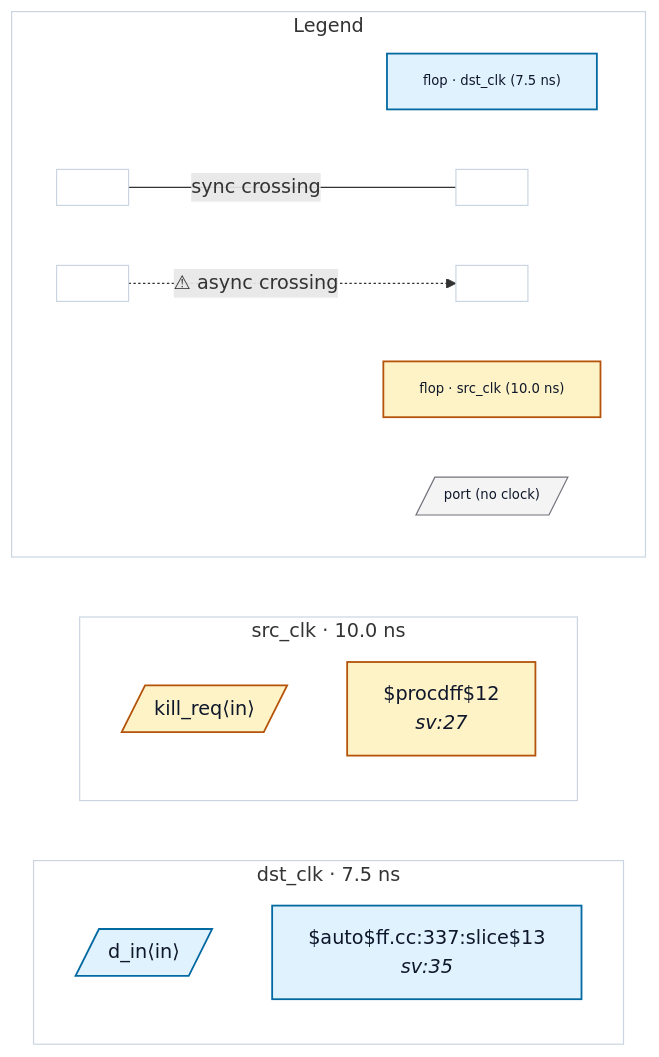
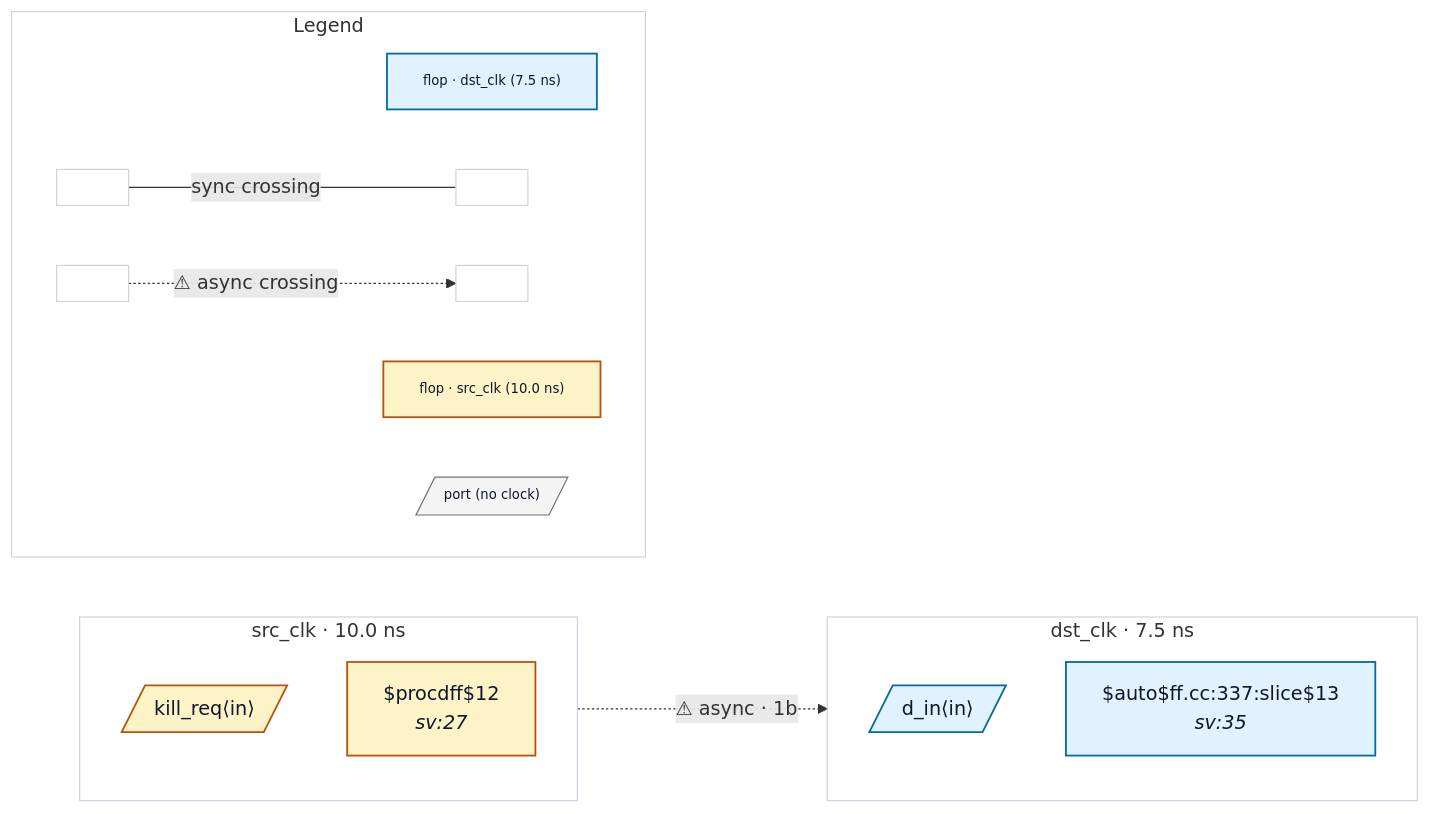
Before and after one commit to rtl-buddy/rtl-buddy-cdc: the diagram in tests/fixtures/bad_rdc_003_sync_reset_crossing/README.md, drawn with Mermaid. The commit also changed other lines of this file and 33 other files, not shown here.

````diff
--- a/tests/fixtures/bad_rdc_003_sync_reset_crossing/README.md
+++ b/tests/fixtures/bad_rdc_003_sync_reset_crossing/README.md
@@ -30,40 +30,41 @@
 ```mermaid
 %% bad_rdc_003_sync_reset_crossing — generated by rtl-buddy-cdc render
 flowchart LR
   subgraph clk_dst_clk["dst_clk · 7.5 ns"]
     direction TB
     p_in_d_in[/"d_in⟨in⟩"/]:::ckcls_dst_clk
     f_f473f8c3["$auto$ff.cc:337:slice$13<br/><i>sv:35</i>"]:::ckcls_dst_clk
   end
   subgraph clk_src_clk["src_clk · 10.0 ns"]
     direction TB
     p_in_kill_req[/"kill_req⟨in⟩"/]:::ckcls_src_clk
     f_6c7c42e2["$procdff$12<br/><i>sv:27</i>"]:::ckcls_src_clk
   end
+  f_6c7c42e2 -. "⚠ async · 1b" .-> f_f473f8c3
   subgraph rb_legend["Legend"]
     direction LR
     lg_clk_dst_clk["flop · dst_clk (7.5 ns)"]:::ckcls_dst_clk
     lg_clk_src_clk["flop · src_clk (10.0 ns)"]:::ckcls_src_clk
     lg_port[/"port (no clock)"/]:::port_unassigned
     lg_sync_a[" "]:::ckcls_legend_neutral
     lg_sync_b[" "]:::ckcls_legend_neutral
     lg_async_a[" "]:::ckcls_legend_neutral
     lg_async_b[" "]:::ckcls_legend_neutral
     lg_sync_a --- |"sync crossing"| lg_sync_b
     lg_async_a -. "⚠ async crossing" .-> lg_async_b
   end
   style clk_dst_clk fill:none,stroke:#cbd5e1
   style clk_src_clk fill:none,stroke:#cbd5e1
   style rb_legend fill:none,stroke:#cbd5e1
   style lg_clk_dst_clk font-size:11px
   style lg_clk_src_clk font-size:11px
   style lg_port font-size:11px
   style lg_sync_a font-size:11px
   style lg_sync_b font-size:11px
   style lg_async_a font-size:11px
   style lg_async_b font-size:11px
   classDef ckcls_dst_clk fill:#e0f2fe,stroke:#0369a1,stroke-width:1.5px,color:#0f172a
   classDef ckcls_src_clk fill:#fef3c7,stroke:#b45309,stroke-width:1.5px,color:#0f172a
   classDef port_unassigned fill:#f4f4f5,stroke:#71717a,color:#0f172a
   classDef ckcls_legend_neutral fill:#ffffff,stroke:#cbd5e1,stroke-width:1px,color:#0f172a
 ```
````
